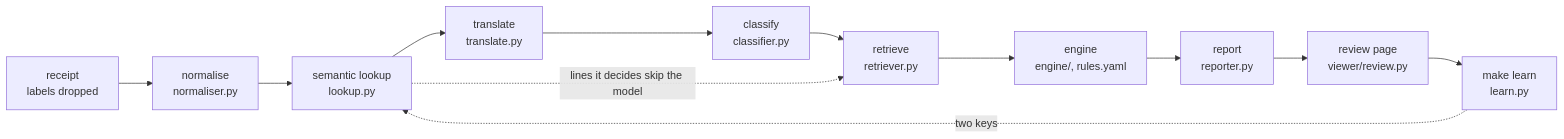
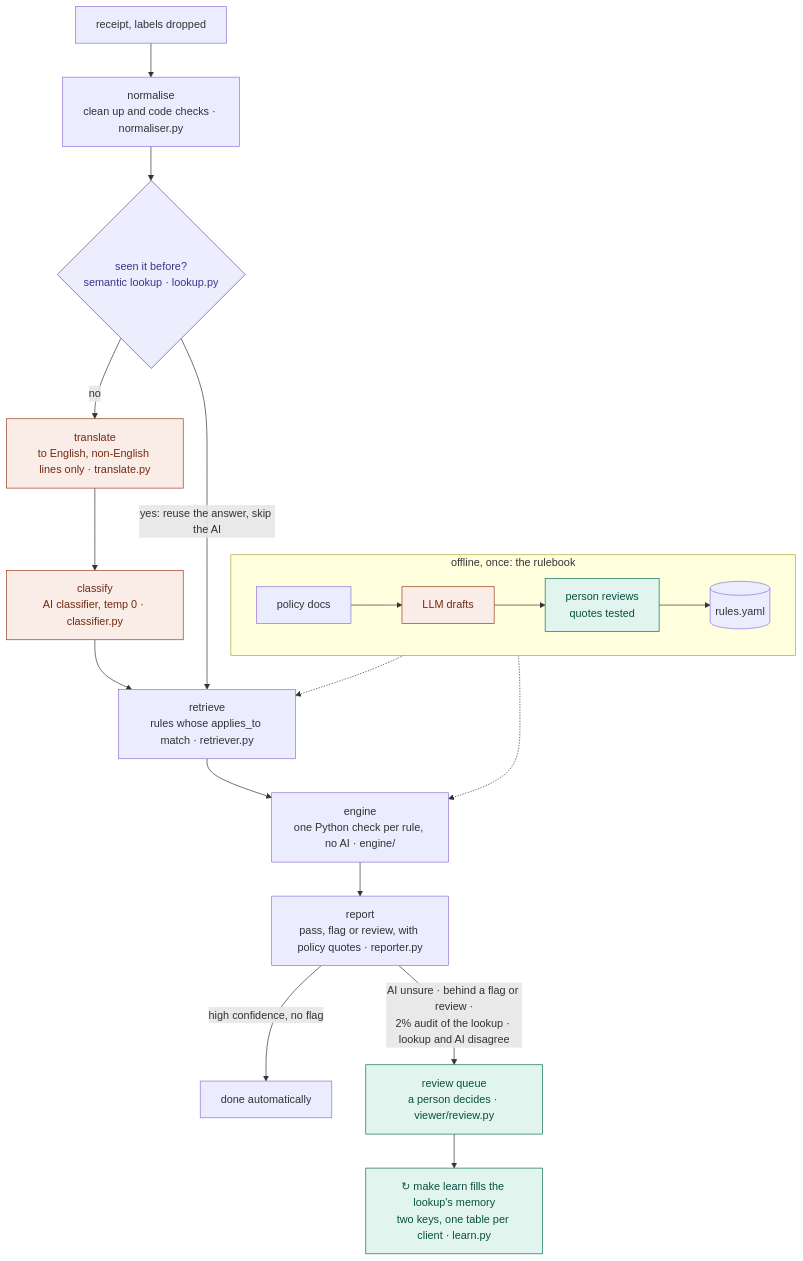
One commit to laasyaaprasad/expense-policy-validator changed the diagram in README.md. Above: the diagram before and after it, drawn with Mermaid. The commit also changed other lines of this file, not shown here.

Commit message:
Show the final architecture in the README: the offline rulebook, the lookup, and routing to the review queue

````diff
--- a/README.md
+++ b/README.md
@@ -14,6 +14,26 @@
 ```mermaid
-flowchart LR
-    R["receipt<br/>labels dropped"] --> N["normalise<br/>normaliser.py"] --> L["semantic lookup<br/>lookup.py"] --> T["translate<br/>translate.py"] --> K["classify<br/>classifier.py"] --> P["retrieve<br/>retriever.py"] --> E["engine<br/>engine/, rules.yaml"] --> O["report<br/>reporter.py"]
-    L -. "lines it decides skip the model" .-> P
-    O --> V["review page<br/>viewer/review.py"] --> G["make learn<br/>learn.py"] -. "two keys" .-> L
+flowchart TB
+    subgraph offline["offline, once: the rulebook"]
+        direction LR
+        D["policy docs"] --> Y1["LLM drafts"] --> Y2["person reviews<br/>quotes tested"] --> Y[("rules.yaml")]
+    end
+    R["receipt, labels dropped"] --> N["normalise<br/>clean up and code checks · normaliser.py"]
+    N --> L{"seen it before?<br/>semantic lookup · lookup.py"}
+    L -- "no" --> T["translate<br/>to English, non-English lines only · translate.py"]
+    T --> K["classify<br/>AI classifier, temp 0 · classifier.py"]
+    K --> P["retrieve<br/>rules whose applies_to match · retriever.py"]
+    L -- "yes: reuse the answer, skip the AI" --> P
+    P --> E["engine<br/>one Python check per rule, no AI · engine/"]
+    Y -.-> P
+    Y -.-> E
+    E --> O["report<br/>pass, flag or review, with policy quotes · reporter.py"]
+    O -- "high confidence, no flag" --> A["done automatically"]
+    O -- "AI unsure · behind a flag or review ·<br/>2% audit of the lookup · lookup and AI disagree" --> Q["review queue<br/>a person decides · viewer/review.py"]
+    Q --> G["↻ make learn fills the lookup's memory<br/>two keys, one table per client · learn.py"]
+    classDef ai fill:#FAECE7,stroke:#993C1D,color:#712B13
+    classDef lookup fill:#EEEDFE,stroke:#534AB7,color:#3C3489
+    classDef people fill:#E1F5EE,stroke:#0F6E56,color:#085041
+    class Y1,T,K ai
+    class L lookup
+    class Y2,Q,G people
 ```
````
